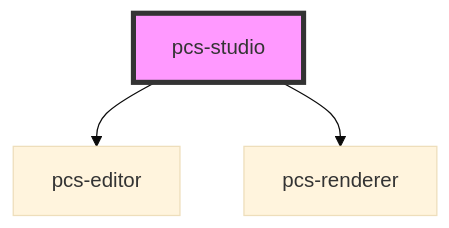
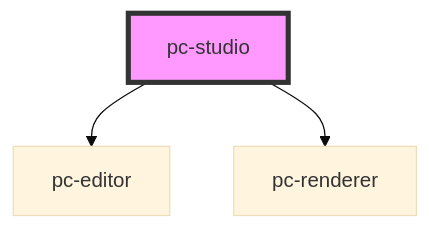
The diagram in packages/studio-components/src/components/studio/readme.md (bettermusic/studio), drawn with Mermaid (base theme) before and after one commit. The commit also changed other lines of this file and 111 other files, not shown here.

````diff
--- a/packages/studio-components/src/components/studio/readme.md
+++ b/packages/studio-components/src/components/studio/readme.md
@@ -16,6 +16,6 @@
 ```mermaid
 graph TD;
-  pcs-studio --> pcs-editor
-  pcs-studio --> pcs-renderer
-  style pcs-studio fill:#f9f,stroke:#333,stroke-width:4px
+  pc-studio --> pc-editor
+  pc-studio --> pc-renderer
+  style pc-studio fill:#f9f,stroke:#333,stroke-width:4px
 ```
````
